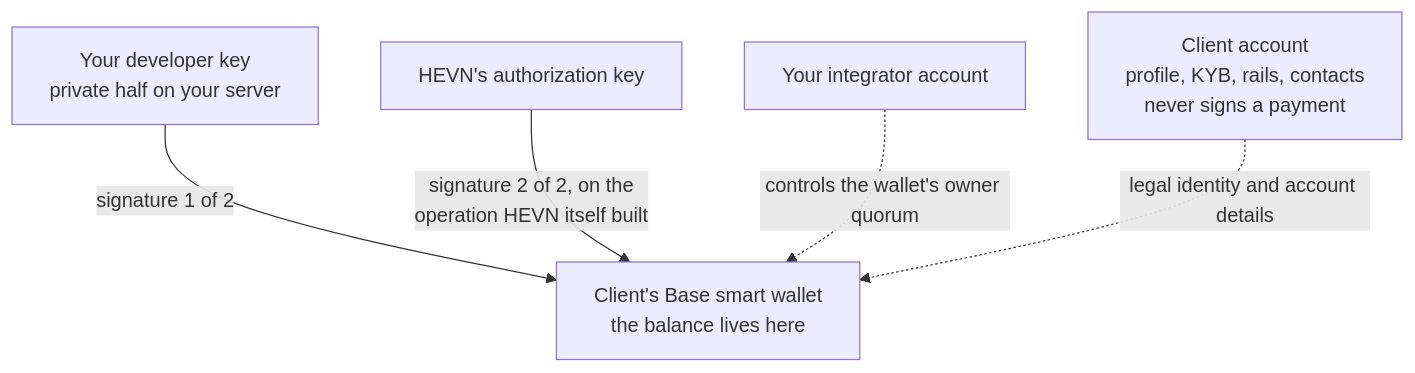
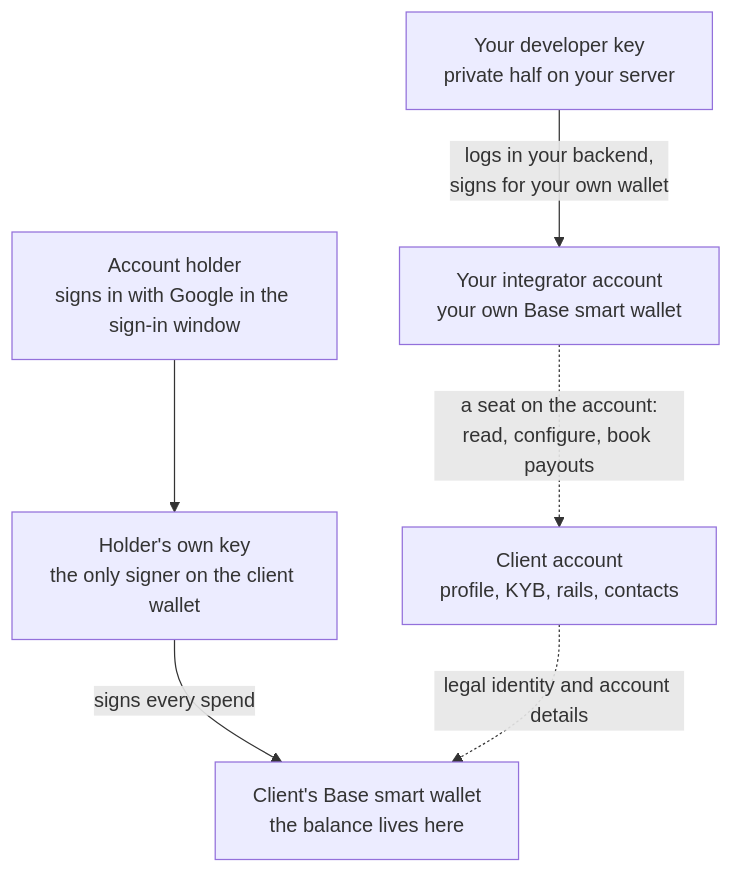
Before and after one commit to hevn-inc/docs: the diagram in whitelabel/accounts-and-control.mdx, drawn with Mermaid. The commit also changed other lines of this file and 29 other files, not shown here.

First line of the commit message:
Document the non-custodial whitelabel API and Sign in with HEVN

````diff
--- a/whitelabel/accounts-and-control.mdx
+++ b/whitelabel/accounts-and-control.mdx
@@ -9,12 +8,14 @@
 ```mermaid
 flowchart TB
     DK["Your developer key<br/>private half on your server"]
-    HK["HEVN's authorization key"]
-    IA["Your integrator account"]
-    CA["Client account<br/>profile, KYB, rails, contacts<br/>never signs a payment"]
+    IA["Your integrator account<br/>your own Base smart wallet"]
+    H["Account holder<br/>signs in with Google in the sign-in window"]
+    HK["Holder's own key<br/>the only signer on the client wallet"]
+    CA["Client account<br/>profile, KYB, rails, contacts"]
     W["Client's Base smart wallet<br/>the balance lives here"]
-    DK -->|"signature 1 of 2"| W
-    HK -->|"signature 2 of 2, on the<br/>operation HEVN itself built"| W
-    IA -.->|"controls the wallet's owner quorum"| W
+    DK -->|"logs in your backend,<br/>signs for your own wallet"| IA
+    IA -.->|"a seat on the account:<br/>read, configure, book payouts"| CA
+    H --> HK
+    HK -->|"signs every spend"| W
     CA -.->|"legal identity and account details"| W
 ```
````
